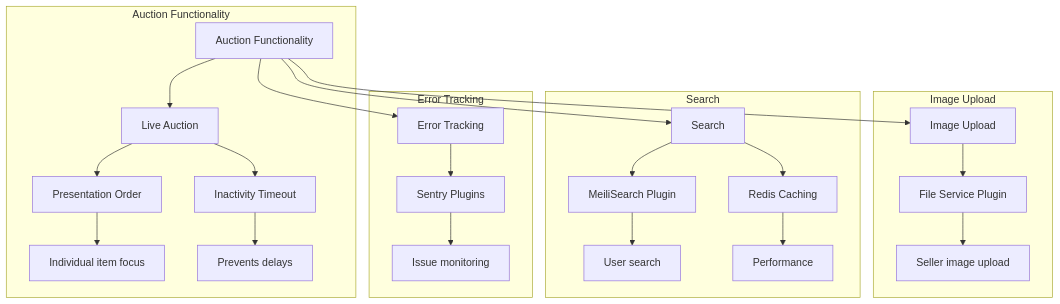
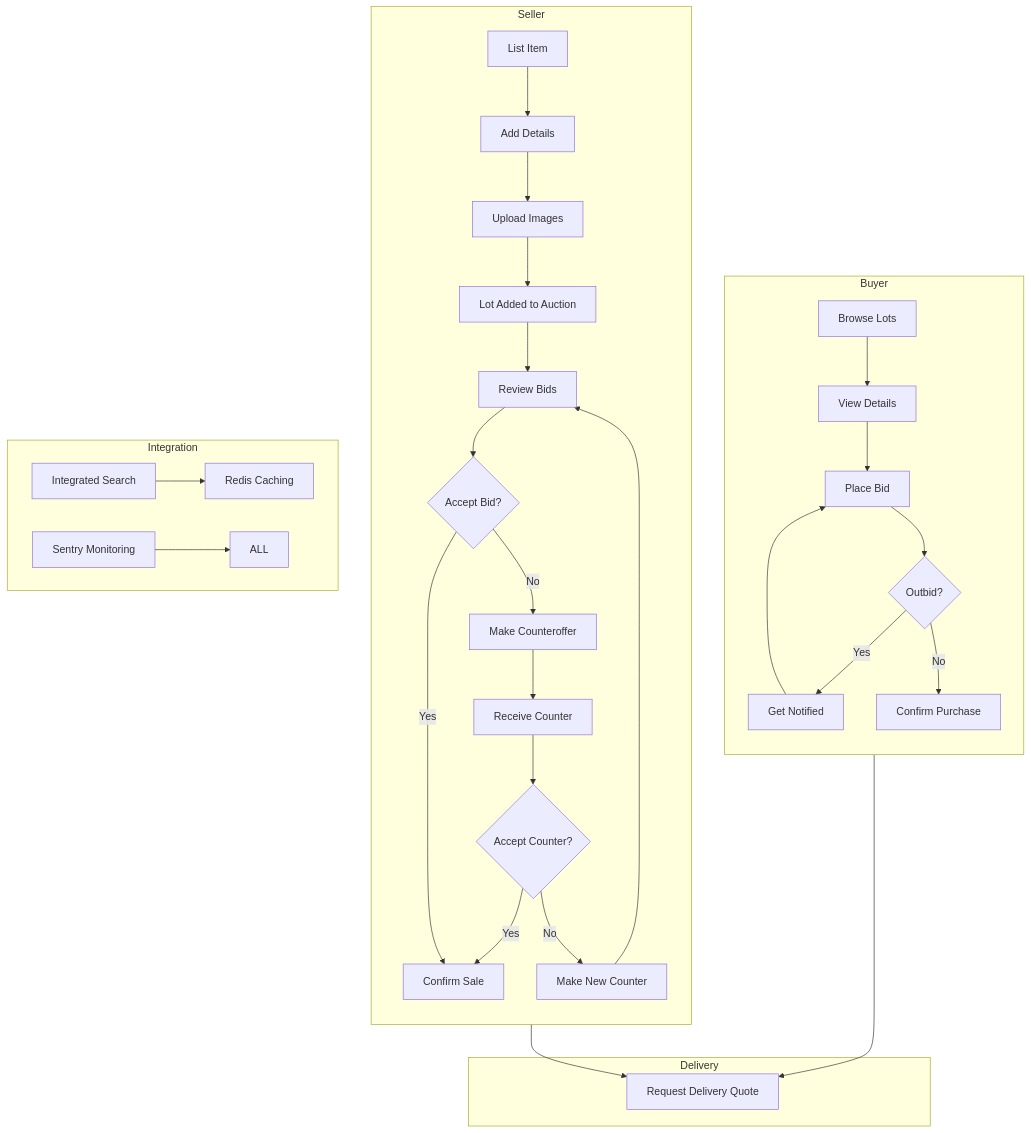
Before and after one commit to LuigiClemente/auction: the eighth of 9 diagrams in README.md, drawn with Mermaid. The commit also changed other lines of this file, not shown here.

````diff
--- a/README.md
+++ b/README.md
@@ -610,31 +796,34 @@
 ```mermaid
-graph TD
-    subgraph Auction Functionality
-        A[Auction Functionality] --> B[Live Auction]
-        B --> C[Presentation Order]
-        C --> D[Individual item focus]
-        B --> E[Inactivity Timeout]
-        E --> F[Prevents delays]
-    end
+flowchart TB
 
-    subgraph Image Upload
-        A --> G[Image Upload]
-        G --> H[File Service Plugin]
-        H --> I[Seller image upload]
-    end
+subgraph Buyer
+    direction TB
+    A[Browse Lots] --> B[View Details]
+    B --> C[Place Bid] --> D{Outbid?}
+    D -- Yes --> E[Get Notified]
+    E --> C
+    D -- No --> F[Confirm Purchase]     
+end
 
-    subgraph Search
-        A --> J[Search] 
-        J --> K[MeiliSearch Plugin]
-        K --> L[User search]
+subgraph Seller 
+    direction TB
+    G[List Item] --> H[Add Details] --> I[Upload Images]
+    I --> J[Lot Added to Auction] --> K[Review Bids]
+    K --> L{Accept Bid?} 
+    L -- Yes --> M[Confirm Sale]
+    L -- No --> N[Make Counteroffer] --> O[Receive Counter] 
+    O --> P{Accept Counter?}
+    P -- Yes --> M
+    P -- No --> Q[Make New Counter] --> K
+end
 
-        J --> M[Redis Caching]
-        M --> N[Performance]
-    end
+subgraph Delivery
+    M --> R[Request Delivery Quote]
+    F --> R
+end
 
-    subgraph Error Tracking
-        A --> O[Error Tracking]
-        O --> P[Sentry Plugins]
-        P --> Q[Issue monitoring]
-    end
+subgraph Integration
+    S[Integrated Search] --> T[Redis Caching]
+    U[Sentry Monitoring] --> ALL
+end
 ```
````
